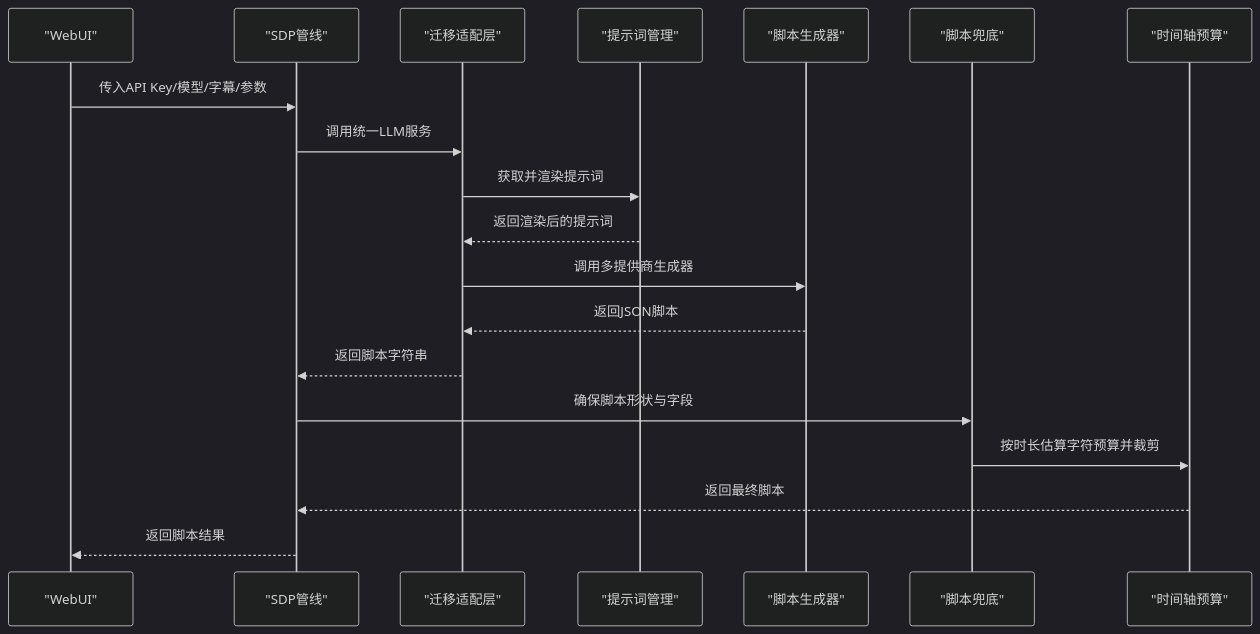
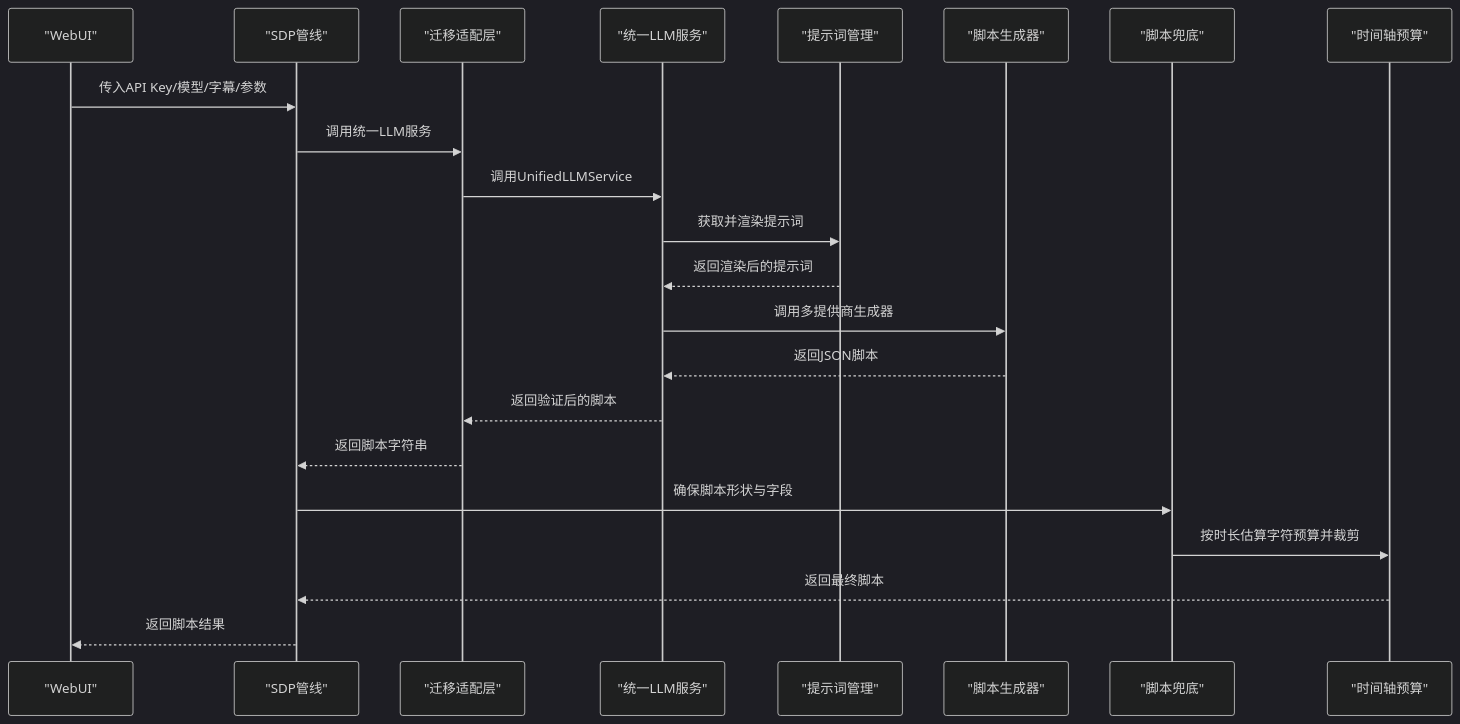
The second of 10 diagrams in .qoder/repowiki/zh/content/核心功能/AI影视解说系统/脚本生成器.md (wowoduang/AIVideoClaude), drawn with Mermaid (dark theme) before and after one commit. The commit also changed other lines of this file and 26 other files, not shown here.

````diff
--- a/.qoder/repowiki/zh/content/核心功能/AI影视解说系统/脚本生成器.md
+++ b/.qoder/repowiki/zh/content/核心功能/AI影视解说系统/脚本生成器.md
@@ -128,21 +148,24 @@
 ```mermaid
 sequenceDiagram
 participant UI as "WebUI"
 participant SDP as "SDP管线"
 participant LLM as "迁移适配层"
+participant US as "统一LLM服务"
 participant PM as "提示词管理"
 participant GEN as "脚本生成器"
 participant FB as "脚本兜底"
 participant TA as "时间轴预算"
 UI->>SDP : 传入API Key/模型/字幕/参数
 SDP->>LLM : 调用统一LLM服务
-LLM->>PM : 获取并渲染提示词
-PM-->>LLM : 返回渲染后的提示词
-LLM->>GEN : 调用多提供商生成器
-GEN-->>LLM : 返回JSON脚本
+LLM->>US : 调用UnifiedLLMService
+US->>PM : 获取并渲染提示词
+PM-->>US : 返回渲染后的提示词
+US->>GEN : 调用多提供商生成器
+GEN-->>US : 返回JSON脚本
+US-->>LLM : 返回验证后的脚本
 LLM-->>SDP : 返回脚本字符串
 SDP->>FB : 确保脚本形状与字段
 FB->>TA : 按时长估算字符预算并裁剪
 TA-->>SDP : 返回最终脚本
 SDP-->>UI : 返回脚本结果
 ```
````
